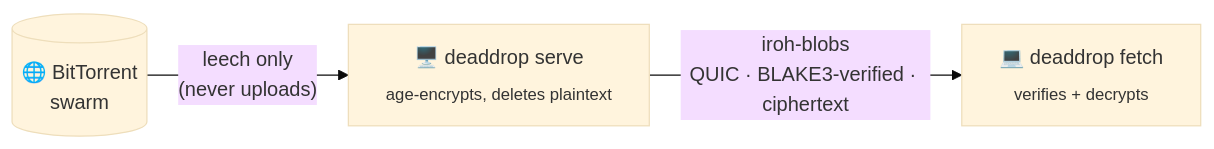
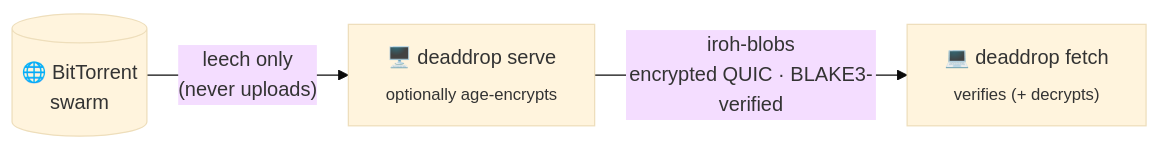
The diagram in README.md (asheliahut/deaddrop), drawn with Mermaid (base theme) before and after one commit. The commit also changed other lines of this file and 22 other files, not shown here.

````diff
--- a/README.md
+++ b/README.md
@@ -36,8 +38,8 @@
 ```mermaid
 flowchart LR
     swarm[("🌐 BitTorrent<br/>swarm")]
-    server["🖥️ deaddrop serve<br/><sub>age-encrypts, deletes plaintext</sub>"]
-    client["💻 deaddrop fetch<br/><sub>verifies + decrypts</sub>"]
+    server["🖥️ deaddrop serve<br/><sub>optionally age-encrypts</sub>"]
+    client["💻 deaddrop fetch<br/><sub>verifies (+ decrypts)</sub>"]
     swarm -- "leech only<br/>(never uploads)" --> server
-    server -- "iroh-blobs<br/>QUIC · BLAKE3-verified · ciphertext" --> client
+    server -- "iroh-blobs<br/>encrypted QUIC · BLAKE3-verified" --> client
 ```
````
